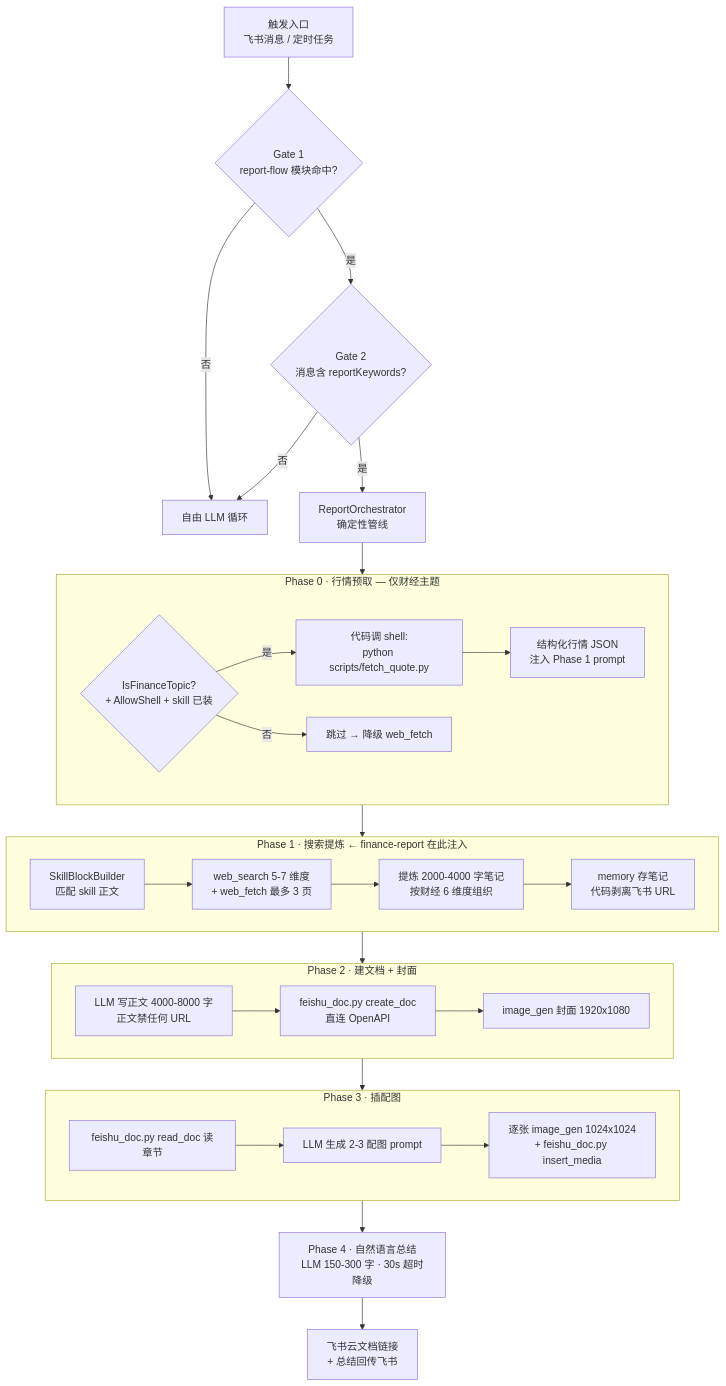
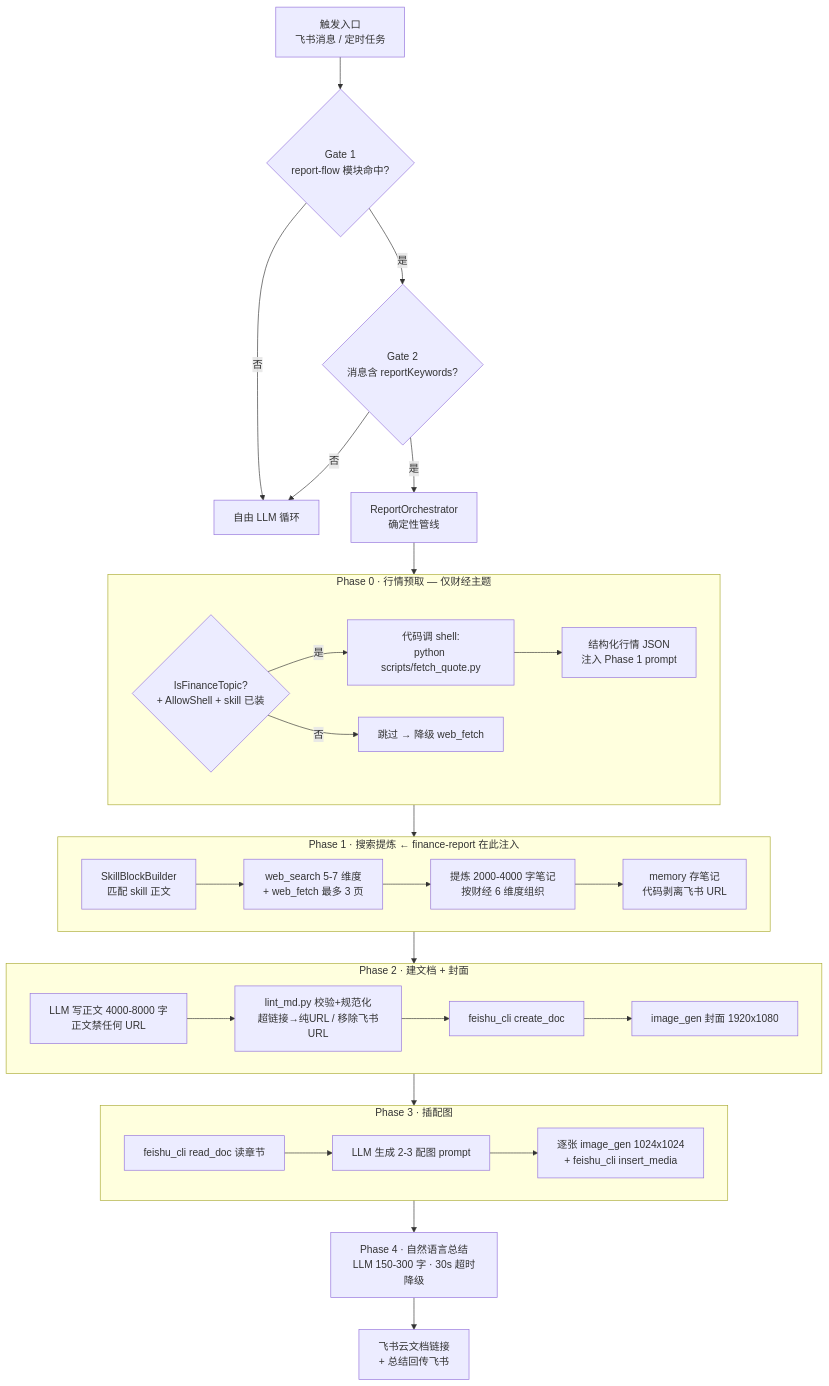
One commit to LoganChi/hermes-finance changed the first of 3 diagrams in skills/finance-report/flow.md. Above: the diagram before and after it, drawn with Mermaid.

Commit message:
docs: flow 链路图 Phase2 加 lint_md 校验环节

````diff
--- a/skills/finance-report/flow.md
+++ b/skills/finance-report/flow.md
@@ -8,37 +8,38 @@
 ```mermaid
 flowchart TD
     Trigger[触发入口<br/>飞书消息 / 定时任务] --> G1{Gate 1<br/>report-flow 模块命中?}
     G1 -->|否| Free[自由 LLM 循环]
     G1 -->|是| G2{Gate 2<br/>消息含 reportKeywords?}
     G2 -->|否| Free
     G2 -->|是| Pipeline[ReportOrchestrator<br/>确定性管线]
 
     Pipeline --> P0
     subgraph P0 [Phase 0 · 行情预取 — 仅财经主题]
         P0a{IsFinanceTopic?<br/>+ AllowShell + skill 已装} -->|是| P0b[代码调 shell:<br/>python scripts/fetch_quote.py]
         P0b --> P0c[结构化行情 JSON<br/>注入 Phase 1 prompt]
         P0a -->|否| Skip[跳过 → 降级 web_fetch]
     end
 
     P0 --> P1
     subgraph P1 [Phase 1 · 搜索提炼 ← finance-report 在此注入]
         P1a[SkillBlockBuilder<br/>匹配 skill 正文] --> P1b[web_search 5-7 维度<br/>+ web_fetch 最多 3 页]
         P1b --> P1c[提炼 2000-4000 字笔记<br/>按财经 6 维度组织]
         P1c --> P1d[memory 存笔记<br/>代码剥离飞书 URL]
     end
 
     P1 --> P2
     subgraph P2 [Phase 2 · 建文档 + 封面]
-        P2a[LLM 写正文 4000-8000 字<br/>正文禁任何 URL] --> P2b[feishu_doc.py create_doc<br/>直连 OpenAPI]
-        P2b --> P2c[image_gen 封面 1920x1080]
+        P2a[LLM 写正文 4000-8000 字<br/>正文禁任何 URL] --> P2b[lint_md.py 校验+规范化<br/>超链接→纯URL / 移除飞书URL]
+        P2b --> P2c[feishu_cli create_doc]
+        P2c --> P2d[image_gen 封面 1920x1080]
     end
 
     P2 --> P3
     subgraph P3 [Phase 3 · 插配图]
-        P3a[feishu_doc.py read_doc 读章节] --> P3b[LLM 生成 2-3 配图 prompt]
-        P3b --> P3c[逐张 image_gen 1024x1024<br/>+ feishu_doc.py insert_media]
+        P3a[feishu_cli read_doc 读章节] --> P3b[LLM 生成 2-3 配图 prompt]
+        P3b --> P3c[逐张 image_gen 1024x1024<br/>+ feishu_cli insert_media]
     end
 
     P3 --> P4[Phase 4 · 自然语言总结<br/>LLM 150-300 字 · 30s 超时降级]
     P4 --> Done[飞书云文档链接<br/>+ 总结回传飞书]
 ```
````
